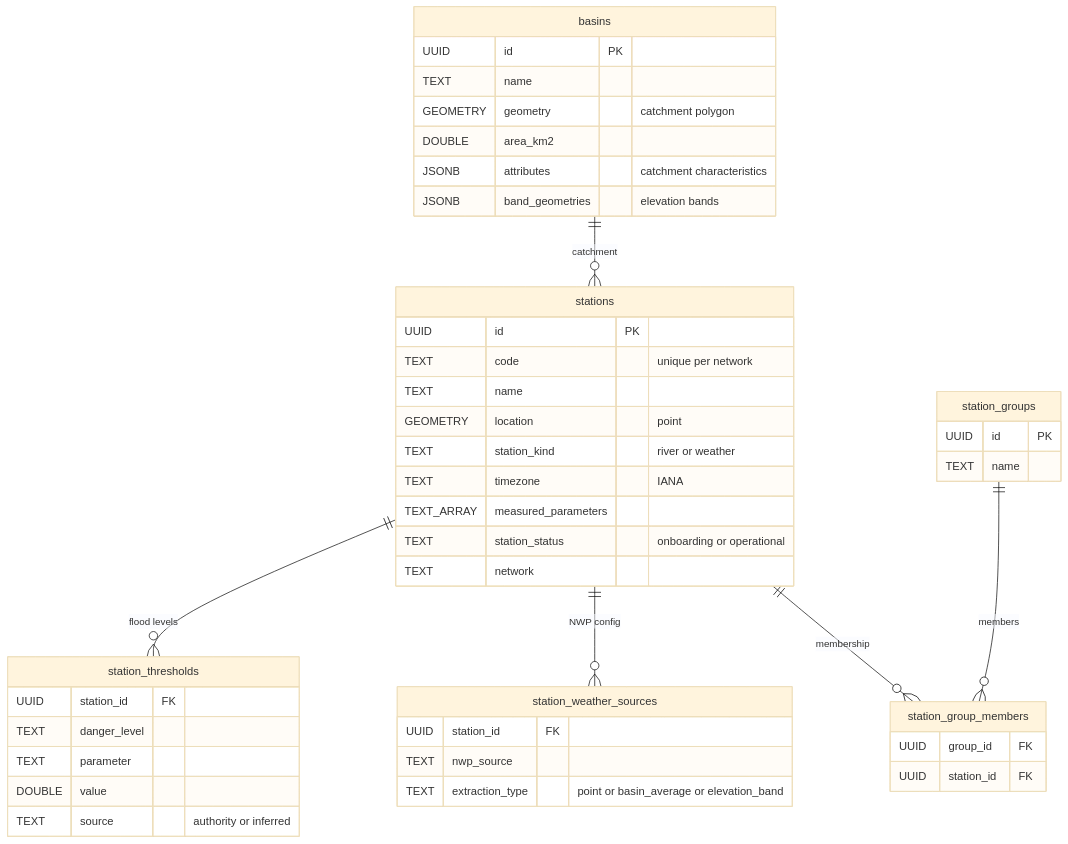
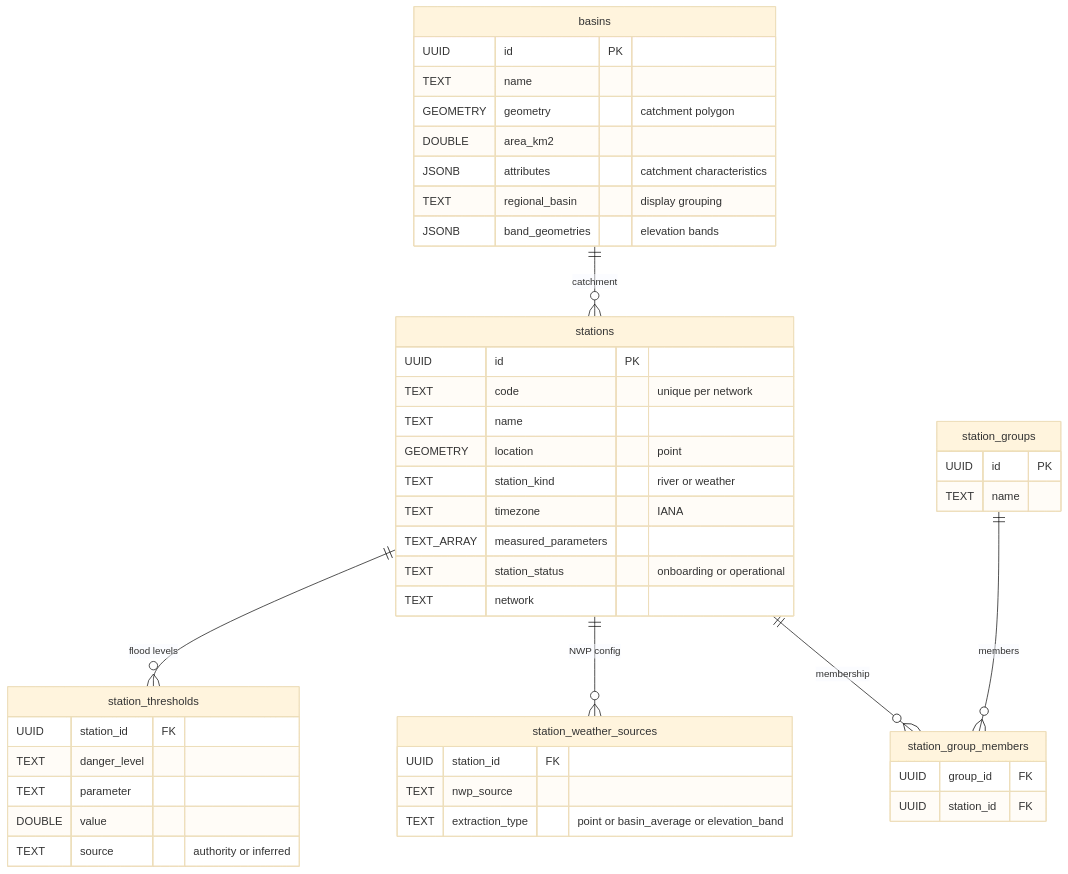
The first of 8 diagrams in docs/handover/data-model.md (hydrosolutions/SAPPHIRE_flow), drawn with Mermaid (base theme) before and after one commit. The commit also changed other lines of this file and 7 other files, not shown here.

First line of the commit message:
feat(basin): add regional_basin column, 1:1 constraint, migration + docs (Plan 024)

````diff
--- a/docs/handover/data-model.md
+++ b/docs/handover/data-model.md
@@ -128,53 +143,54 @@
 ```mermaid
 erDiagram
     basins ||--o{ stations : "catchment"
     stations ||--o{ station_thresholds : "flood levels"
     stations ||--o{ station_weather_sources : "NWP config"
     stations ||--o{ station_group_members : "membership"
     station_groups ||--o{ station_group_members : "members"
 
     basins {
         UUID id PK
         TEXT name
         GEOMETRY geometry "catchment polygon"
         DOUBLE area_km2
         JSONB attributes "catchment characteristics"
+        TEXT regional_basin "display grouping"
         JSONB band_geometries "elevation bands"
     }
 
     stations {
         UUID id PK
         TEXT code "unique per network"
         TEXT name
         GEOMETRY location "point"
         TEXT station_kind "river or weather"
         TEXT timezone "IANA"
         TEXT_ARRAY measured_parameters
         TEXT station_status "onboarding or operational"
         TEXT network
     }
 
     station_thresholds {
         UUID station_id FK
         TEXT danger_level
         TEXT parameter
         DOUBLE value
         TEXT source "authority or inferred"
     }
 
     station_weather_sources {
         UUID station_id FK
         TEXT nwp_source
         TEXT extraction_type "point or basin_average or elevation_band"
     }
 
     station_groups {
         UUID id PK
         TEXT name
     }
 
     station_group_members {
         UUID group_id FK
         UUID station_id FK
     }
 ```
````
